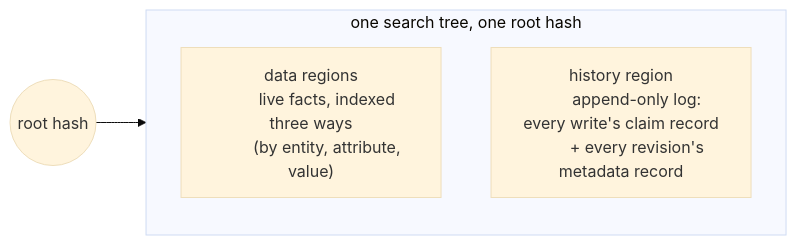
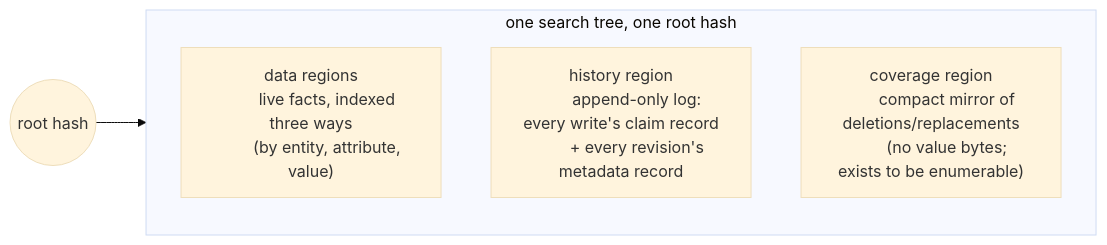
One commit to dialog-db/dialog-db changed the first of 9 diagrams in notes/version-control.md. Above: the diagram before and after it, drawn with Mermaid (base theme). The commit also changed other lines of this file and 5 other files, not shown here.

````diff
--- a/notes/version-control.md
+++ b/notes/version-control.md
@@ -32,13 +32,16 @@
 ```mermaid
 flowchart LR
     subgraph tree["one search tree, one root hash"]
         direction TB
         data["data regions
         live facts, indexed three ways
         (by entity, attribute, value)"]
         history["history region
         append-only log: every write's claim record
         + every revision's metadata record"]
+        coverage["coverage region
+        compact mirror of deletions/replacements
+        (no value bytes; exists to be enumerable)"]
     end
     root(("root hash")) --> tree
 ```
````
